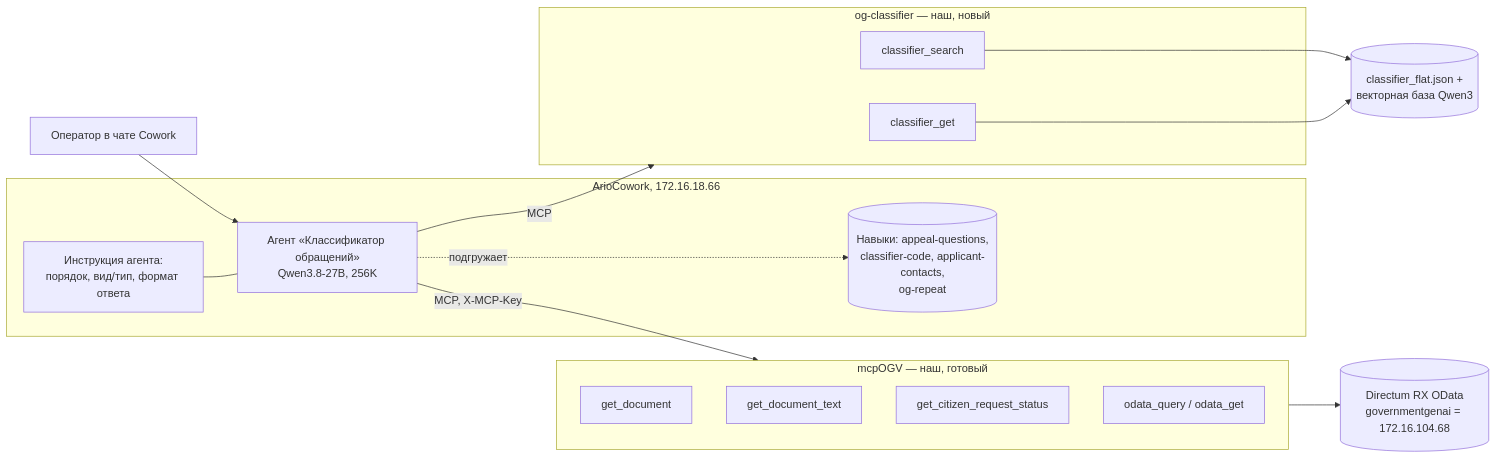
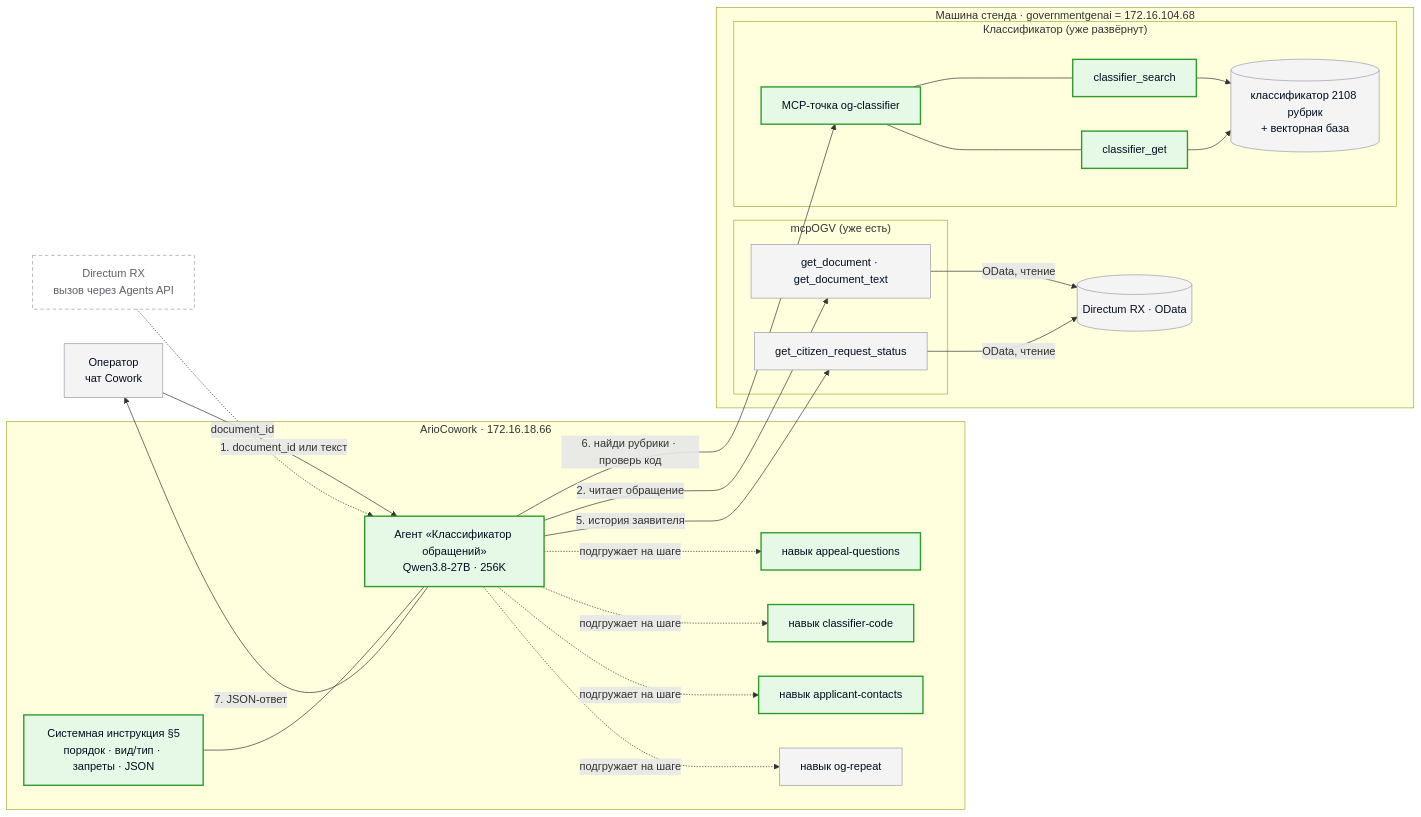
One commit to nikitakorotaevnikita-sudo/Class-OG-Final changed the diagram in docs/superpowers/specs/2026-10-29-cowork-classifier-agent-design.md. Above: the diagram before and after it, drawn with Mermaid. The commit also changed other lines of this file, not shown here.

Commit message:
docs(spec): agent system instruction and skill set in full; og-classifier as MCP endpoint of the deployed classifier

````diff
--- a/docs/superpowers/specs/2026-10-29-cowork-classifier-agent-design.md
+++ b/docs/superpowers/specs/2026-10-29-cowork-classifier-agent-design.md
@@ -88,25 +80,44 @@
 ```mermaid
 flowchart LR
-    OP[Оператор в чате Cowork] --> AG
-    subgraph COWORK[ArioCowork, 172.16.18.66]
-        AG[Агент «Классификатор обращений»<br/>Qwen3.8-27B, 256K]
-        IN[Инструкция агента:<br/>порядок, вид/тип, формат ответа]
-        SK[(Навыки: appeal-questions,<br/>classifier-code, applicant-contacts,<br/>og-repeat)]
-        IN --- AG
-        AG -. подгружает .-> SK
+    classDef new fill:#E6F8E6,stroke:#2E9B2A,stroke-width:2px,color:#000E20
+    classDef ready fill:#F4F4F4,stroke:#9C9BA8,color:#000E20
+    classDef later fill:#FFFFFF,stroke:#9C9BA8,stroke-dasharray:5 4,color:#625F6A
+
+    OP["Оператор<br/>чат Cowork"]:::ready
+    RXREQ["Directum RX<br/>вызов через Agents API"]:::later
+
+    subgraph COWORK["ArioCowork · 172.16.18.66"]
+        AG["Агент «Классификатор обращений»<br/>Qwen3.8-27B · 256K"]:::new
+        SI["Системная инструкция §5<br/>порядок · вид/тип · запреты · JSON"]:::new
+        S1["навык appeal-questions"]:::new
+        S2["навык classifier-code"]:::new
+        S3["навык applicant-contacts"]:::new
+        S4["навык og-repeat"]:::ready
     end
-    subgraph OGC[og-classifier — наш, новый]
-        C1[classifier_search]
-        C2[classifier_get]
+
+    subgraph STAND["Машина стенда · governmentgenai = 172.16.104.68"]
+        subgraph CLS["Классификатор (уже развёрнут)"]
+            OGC["MCP-точка og-classifier"]:::new
+            T1["classifier_search"]:::new
+            T2["classifier_get"]:::new
+            DB[("классификатор 2108 рубрик<br/>+ векторная база")]:::ready
+        end
+        subgraph OGV["mcpOGV (уже есть)"]
+            V1["get_document · get_document_text"]:::ready
+            V2["get_citizen_request_status"]:::ready
+        end
+        RX[("Directum RX · OData")]:::ready
     end
-    subgraph OGV[mcpOGV — наш, готовый]
-        R1[get_document]
-        R2[get_document_text]
-        R3[get_citizen_request_status]
-        R4[odata_query / odata_get]
-    end
-    AG -- MCP --> OGC
-    AG -- MCP, X-MCP-Key --> OGV
-    C1 & C2 --> VDB[(classifier_flat.json +<br/>векторная база Qwen3)]
-    OGV --> RX[(Directum RX OData<br/>governmentgenai = 172.16.104.68)]
+
+    OP -- "1. document_id или текст" --> AG
+    RXREQ -. "document_id" .-> AG
+    SI --- AG
+    AG -. "подгружает на шаге" .-> S1 & S2 & S3 & S4
+    AG -- "2. читает обращение" --> V1
+    AG -- "5. история заявителя" --> V2
+    AG -- "6. найди рубрики · проверь код" --> OGC
+    OGC --- T1 & T2
+    T1 & T2 --> DB
+    V1 & V2 -- "OData, чтение" --> RX
+    AG -- "7. JSON-ответ" --> OP
 ```
````
